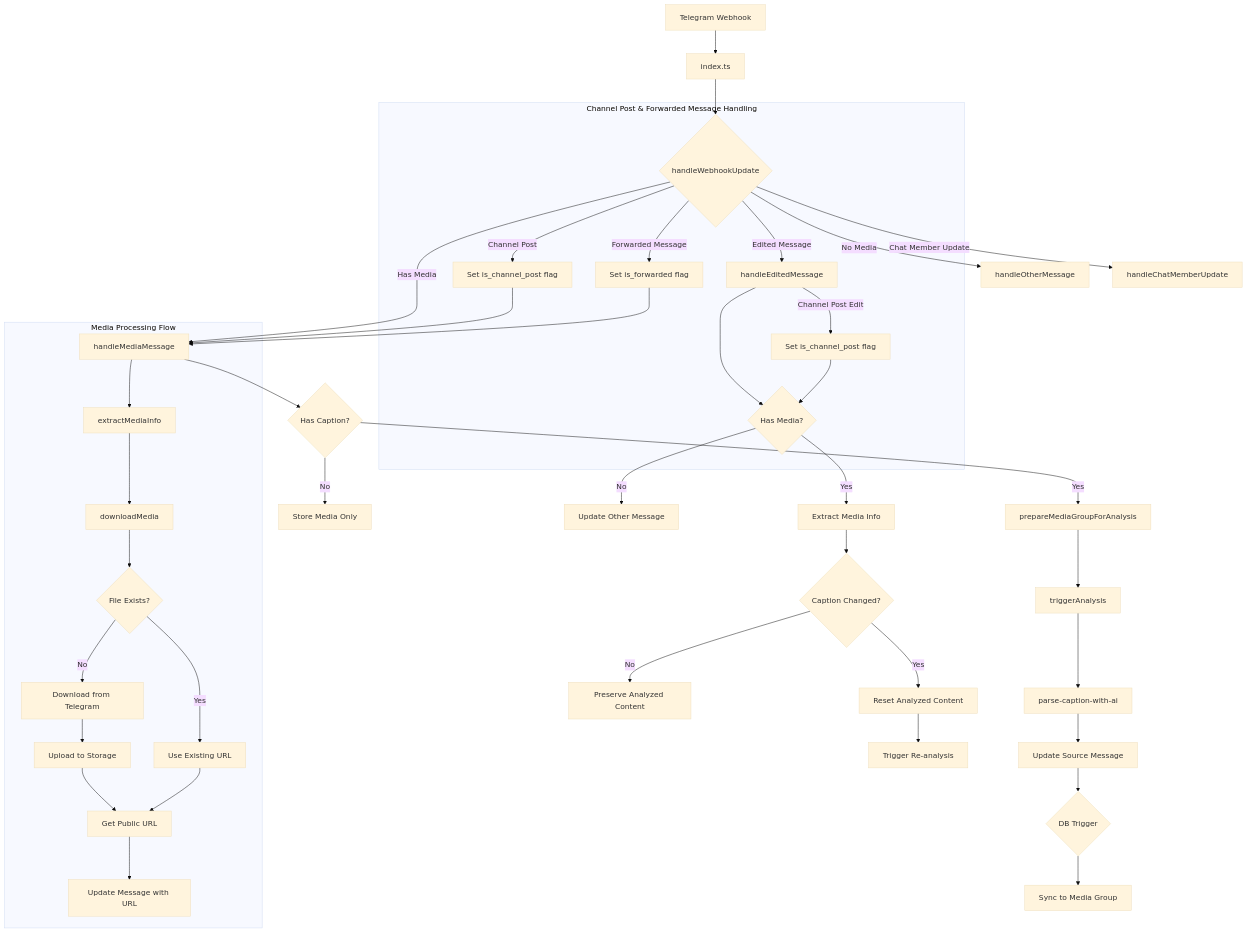
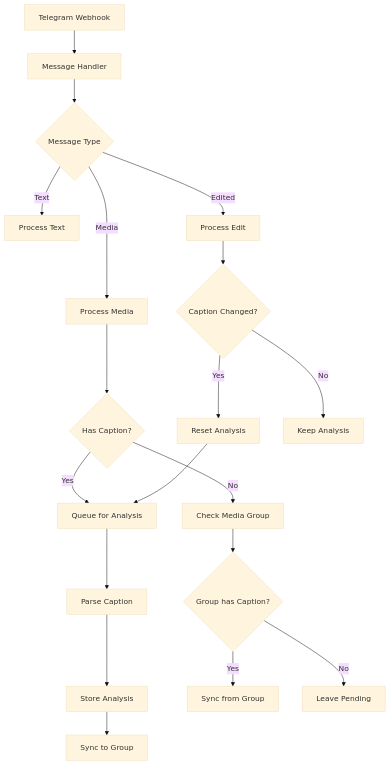
One commit to cmtkdot/xdelo-app changed the diagram in README.md. Above: the diagram before and after it, drawn with Mermaid (base theme). The commit also changed other lines of this file and 1 other file, not shown here.

````diff
--- a/README.md
+++ b/README.md
@@ -6,52 +7,26 @@
 ```mermaid
 flowchart TD
-    A[Telegram Webhook] --> B[index.ts]
-    B --> C{handleWebhookUpdate}
+    A[Telegram Webhook] --> B[Message Handler]
+    B --> C{Message Type}
     
-    C -->|Has Media| D[handleMediaMessage]
-    C -->|No Media| E[handleOtherMessage]
-    C -->|Edited Message| F[handleEditedMessage]
-    C -->|Chat Member Update| G[handleChatMemberUpdate]
+    C -->|Media| D[Process Media]
+    C -->|Text| E[Process Text]
+    C -->|Edited| F[Process Edit]
     
-    D --> H{Has Caption?}
-    H -->|Yes| I[prepareMediaGroupForAnalysis]
-    H -->|No| J[Store Media Only]
+    D --> G{Has Caption?}
+    G -->|Yes| H[Queue for Analysis]
+    G -->|No| I[Check Media Group]
     
-    I --> K[triggerAnalysis]
-    K --> L[parse-caption-with-ai]
-    L --> M[Update Source Message]
+    H --> J[Parse Caption]
+    J --> K[Store Analysis]
+    K --> L[Sync to Group]
     
-    M --> N{DB Trigger}
-    N --> O[Sync to Media Group]
+    I --> M{Group has Caption?}
+    M -->|Yes| N[Sync from Group]
+    M -->|No| O[Leave Pending]
     
-    F --> P{Has Media?}
-    P -->|Yes| Q[Extract Media Info]
-    P -->|No| R[Update Other Message]
-    
-    Q --> S{Caption Changed?}
-    S -->|Yes| T[Reset Analyzed Content]
-    S -->|No| U[Preserve Analyzed Content]
-    
-    T --> V[Trigger Re-analysis]
-    
-    subgraph "Media Processing Flow"
-        D --> AA[extractMediaInfo]
-        AA --> BB[downloadMedia]
-        BB --> CC{File Exists?}
-        CC -->|Yes| DD[Use Existing URL]
-        CC -->|No| EE[Download from Telegram]
-        EE --> FF[Upload to Storage]
-        FF --> GG[Get Public URL]
-        DD --> GG
-        GG --> HH[Update Message with URL]
-    end
-    
-    subgraph "Channel Post & Forwarded Message Handling"
-        C -->|Channel Post| ZA[Set is_channel_post flag]
-        C -->|Forwarded Message| ZB[Set is_forwarded flag]
-        ZA --> D
-        ZB --> D
-        F -->|Channel Post Edit| ZC[Set is_channel_post flag]
-        ZC --> P
-    end
+    F --> P{Caption Changed?}
+    P -->|Yes| Q[Reset Analysis]
+    P -->|No| R[Keep Analysis]
+    Q --> H
 ```
````
